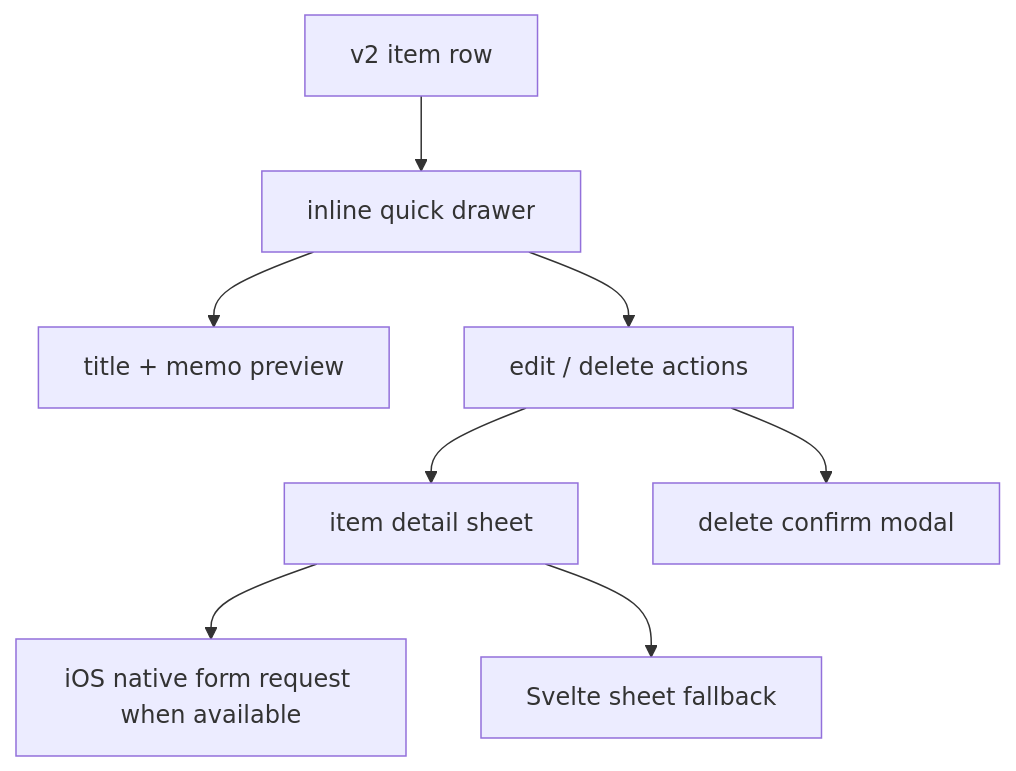
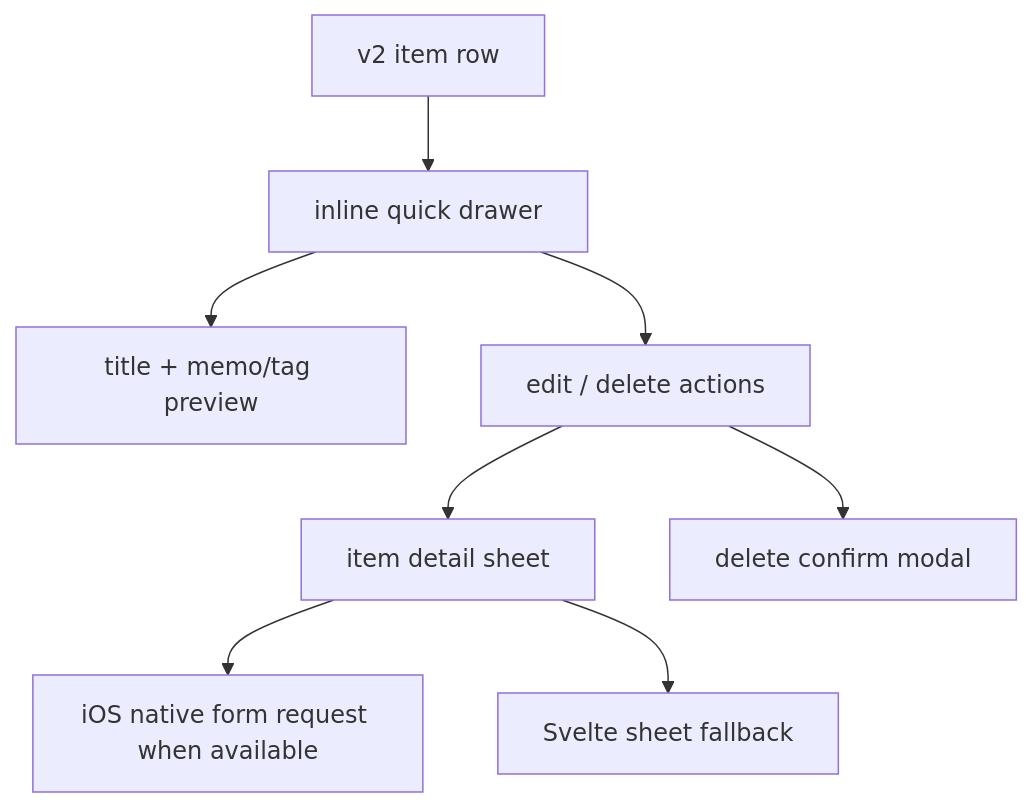
Before and after one commit to U-Keun/Tickly: the diagram in docs/v2-notes/002-item-detail-sheet-direction.md, drawn with Mermaid. The commit also changed other lines of this file and 42 other files, not shown here.

````diff
--- a/docs/v2-notes/002-item-detail-sheet-direction.md
+++ b/docs/v2-notes/002-item-detail-sheet-direction.md
@@ -11,10 +11,10 @@
 ```mermaid
 flowchart TB
   Row["v2 item row"] --> Drawer["inline quick drawer"]
-  Drawer --> Preview["title + memo preview"]
+  Drawer --> Preview["title + memo/tag preview"]
   Drawer --> QuickActions["edit / delete actions"]
   QuickActions --> Sheet["item detail sheet"]
   Sheet --> Native["iOS native form request when available"]
   Sheet --> Web["Svelte sheet fallback"]
   QuickActions --> Confirm["delete confirm modal"]
 ```
````
